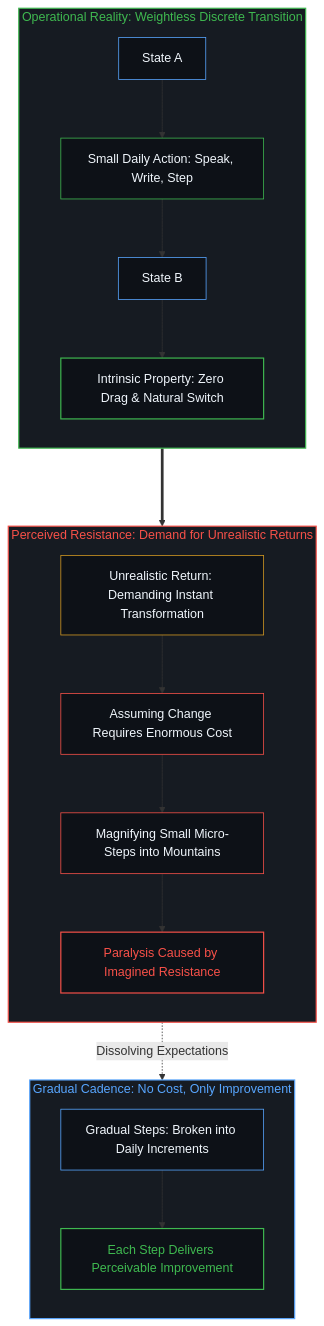
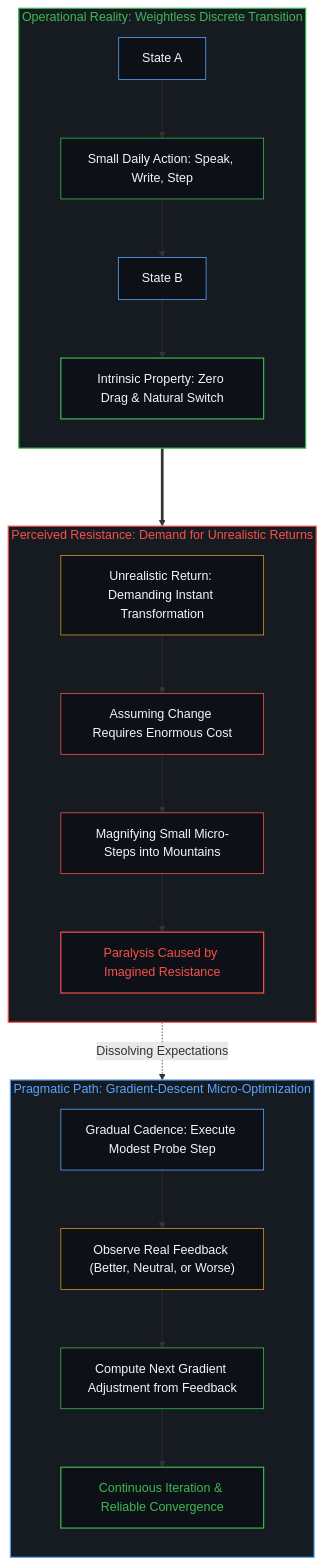
The fourth of 10 diagrams in content/posts/choice-itself-has-no-inherent-weight.md (powerpig99/not-a-toe), drawn with Mermaid before and after one commit. The commit also changed other lines of this file and 4 other files, not shown here.

Commit message:
Incorporate gradient descent analogy in Post #334

````diff
--- a/content/posts/choice-itself-has-no-inherent-weight.md
+++ b/content/posts/choice-itself-has-no-inherent-weight.md
@@ -128,38 +132,42 @@
 ```mermaid
 graph TD
     subgraph S_Physics_EN ["Operational Reality: Weightless Discrete Transition"]
         direction TB
         PE_State["State A"] --> PE_Act["Small Daily Action: Speak, Write, Step"]
         PE_Act --> PE_Next["State B"]
         PE_Next --> PE_Weightless["Intrinsic Property: Zero Drag & Natural Switch"]
     end
 
     subgraph S_Psychology_EN ["Perceived Resistance: Demand for Unrealistic Returns"]
         direction TB
         ME_Demand["Unrealistic Return: Demanding Instant Transformation"] --> ME_Fantasy["Assuming Change Requires Enormous Cost"]
         ME_Fantasy --> ME_Amplifier["Magnifying Small Micro-Steps into Mountains"]
         ME_Amplifier --> ME_Crushed["Paralysis Caused by Imagined Resistance"]
     end
 
-    subgraph S_Reality_EN ["Gradual Cadence: No Cost, Only Improvement"]
+    subgraph S_Reality_EN ["Pragmatic Path: Gradient-Descent Micro-Optimization"]
         direction TB
-        RE_Step["Gradual Steps: Broken into Daily Increments"] --> RE_Improve["Each Step Delivers Perceivable Improvement"]
+        RE_Step["Gradual Cadence: Execute Modest Probe Step"] --> RE_Feedback["Observe Real Feedback (Better, Neutral, or Worse)"]
+        RE_Feedback --> RE_Descent["Compute Next Gradient Adjustment from Feedback"]
+        RE_Descent --> RE_Converge["Continuous Iteration & Reliable Convergence"]
     end
 
     PE_Act ===> ME_Demand
     ME_Demand -.->|Dissolving Expectations| RE_Step
 
     style S_Physics_EN fill:#161b22,stroke:#3fb950,stroke-width:1.5px,color:#3fb950
     style S_Psychology_EN fill:#161b22,stroke:#f85149,stroke-width:1.5px,color:#f85149
     style S_Reality_EN fill:#161b22,stroke:#58a6ff,stroke-width:1.5px,color:#58a6ff
     style PE_State fill:#0d1117,stroke:#58a6ff,stroke-width:1px,color:#f0f6fc
     style PE_Act fill:#0d1117,stroke:#3fb950,stroke-width:1px,color:#f0f6fc
     style PE_Next fill:#0d1117,stroke:#58a6ff,stroke-width:1px,color:#f0f6fc
     style PE_Weightless fill:#0d1117,stroke:#3fb950,stroke-width:1.5px,color:#f0f6fc
     style ME_Demand fill:#0d1117,stroke:#d29922,stroke-width:1px,color:#f0f6fc
     style ME_Fantasy fill:#0d1117,stroke:#f85149,stroke-width:1px,color:#f0f6fc
     style ME_Amplifier fill:#0d1117,stroke:#f85149,stroke-width:1px,color:#f0f6fc
     style ME_Crushed fill:#0d1117,stroke:#f85149,stroke-width:1.5px,color:#f85149
     style RE_Step fill:#0d1117,stroke:#58a6ff,stroke-width:1px,color:#f0f6fc
-    style RE_Improve fill:#0d1117,stroke:#3fb950,stroke-width:1.5px,color:#3fb950
+    style RE_Feedback fill:#0d1117,stroke:#d29922,stroke-width:1px,color:#f0f6fc
+    style RE_Descent fill:#0d1117,stroke:#3fb950,stroke-width:1px,color:#f0f6fc
+    style RE_Converge fill:#0d1117,stroke:#3fb950,stroke-width:1.5px,color:#3fb950
 ```
````
